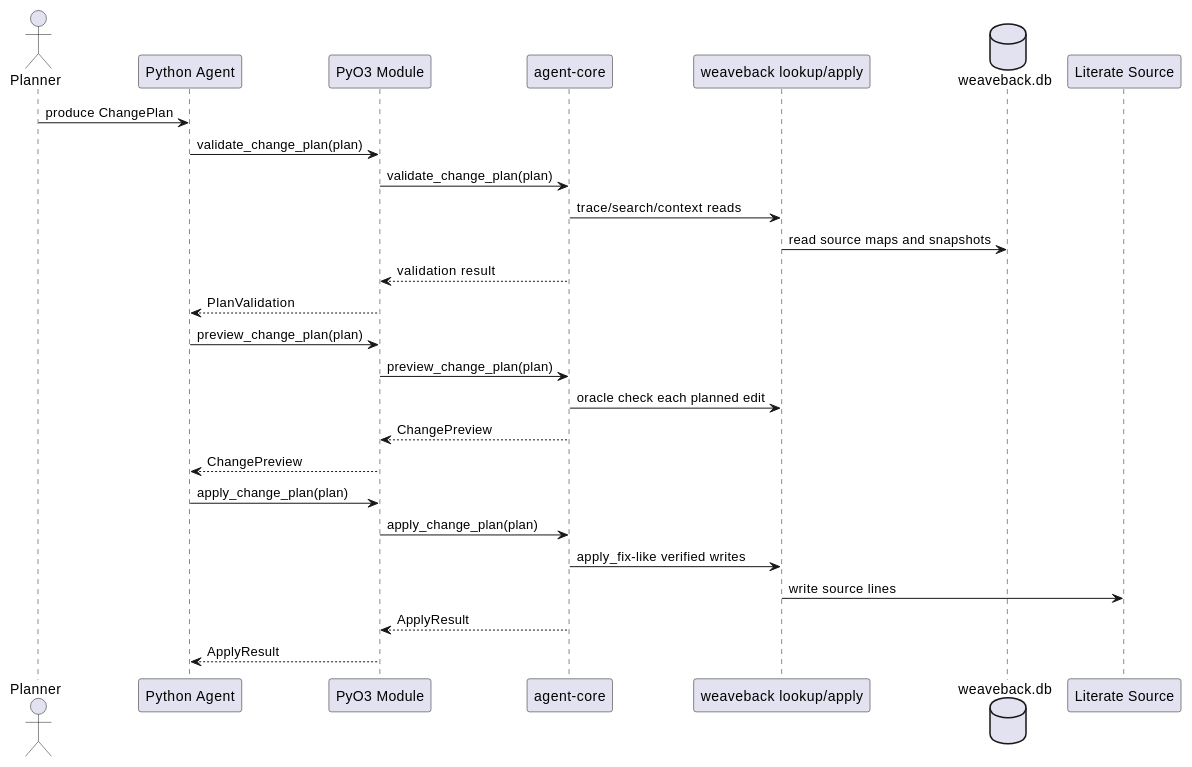
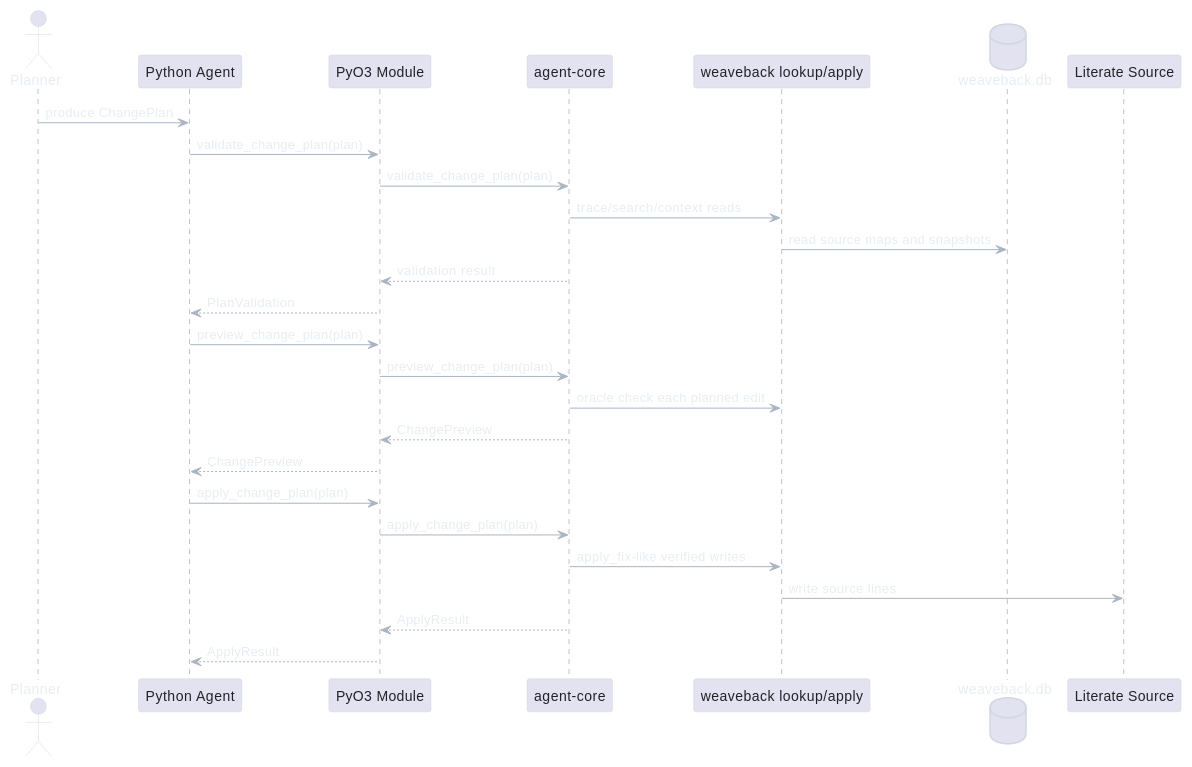
One commit to giannifer7/weaveback changed the second of 2 diagrams in project/agent-python.adoc. Above: the diagram before and after it, drawn with PlantUML. The commit also changed other lines of this file and 13 other files, not shown here.

```diff
--- a/project/agent-python.adoc
+++ b/project/agent-python.adoc
@@ -99,33 +99,50 @@
 [source,plantuml]
 ----
 @startuml
+skinparam BackgroundColor transparent
+skinparam DefaultFontColor #E6EDF3
+skinparam ArrowColor #AAB4C3
+skinparam ArrowFontColor #E6EDF3
+skinparam LifeLineBorderColor #7D8590
+skinparam LifeLineBackgroundColor transparent
+skinparam ParticipantBorderColor #D0D7DE
+skinparam ParticipantBackgroundColor #E2E2F0
+skinparam ParticipantFontColor #1F2328
+skinparam ActorBorderColor #D0D7DE
+skinparam ActorBackgroundColor #E2E2F0
+skinparam ActorFontColor #E6EDF3
+skinparam DatabaseBorderColor #D0D7DE
+skinparam DatabaseBackgroundColor #E2E2F0
+skinparam DatabaseFontColor #E6EDF3
+skinparam SequenceLifeLineBorderColor #7D8590
+skinparam SequenceLifeLineBackgroundColor transparent
 actor Planner
 participant "Python Agent" as PY
 participant "PyO3 Module" as PYO3
 participant "agent-core" as CORE
 participant "weaveback lookup/apply" as WB
 database "weaveback.db" as DB
 participant "Literate Source" as SRC
 
 Planner -> PY: produce ChangePlan
 PY -> PYO3: validate_change_plan(plan)
 PYO3 -> CORE: validate_change_plan(plan)
 CORE -> WB: trace/search/context reads
 WB -> DB: read source maps and snapshots
 CORE --> PYO3: validation result
 PYO3 --> PY: PlanValidation
 
 PY -> PYO3: preview_change_plan(plan)
 PYO3 -> CORE: preview_change_plan(plan)
 CORE -> WB: oracle check each planned edit
 CORE --> PYO3: ChangePreview
 PYO3 --> PY: ChangePreview
 
 PY -> PYO3: apply_change_plan(plan)
 PYO3 -> CORE: apply_change_plan(plan)
 CORE -> WB: apply_fix-like verified writes
 WB -> SRC: write source lines
 CORE --> PYO3: ApplyResult
 PYO3 --> PY: ApplyResult
 @enduml
 ----
```
